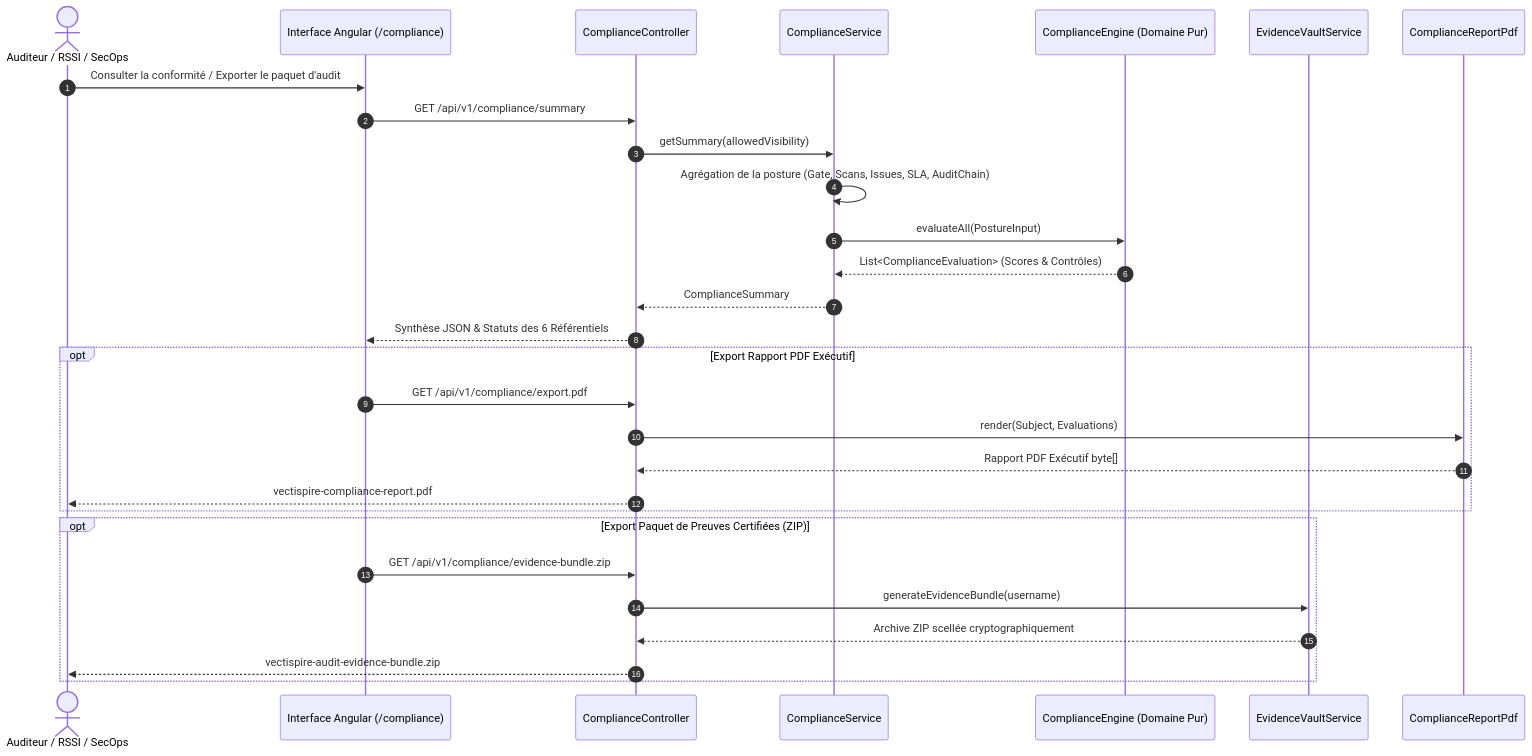
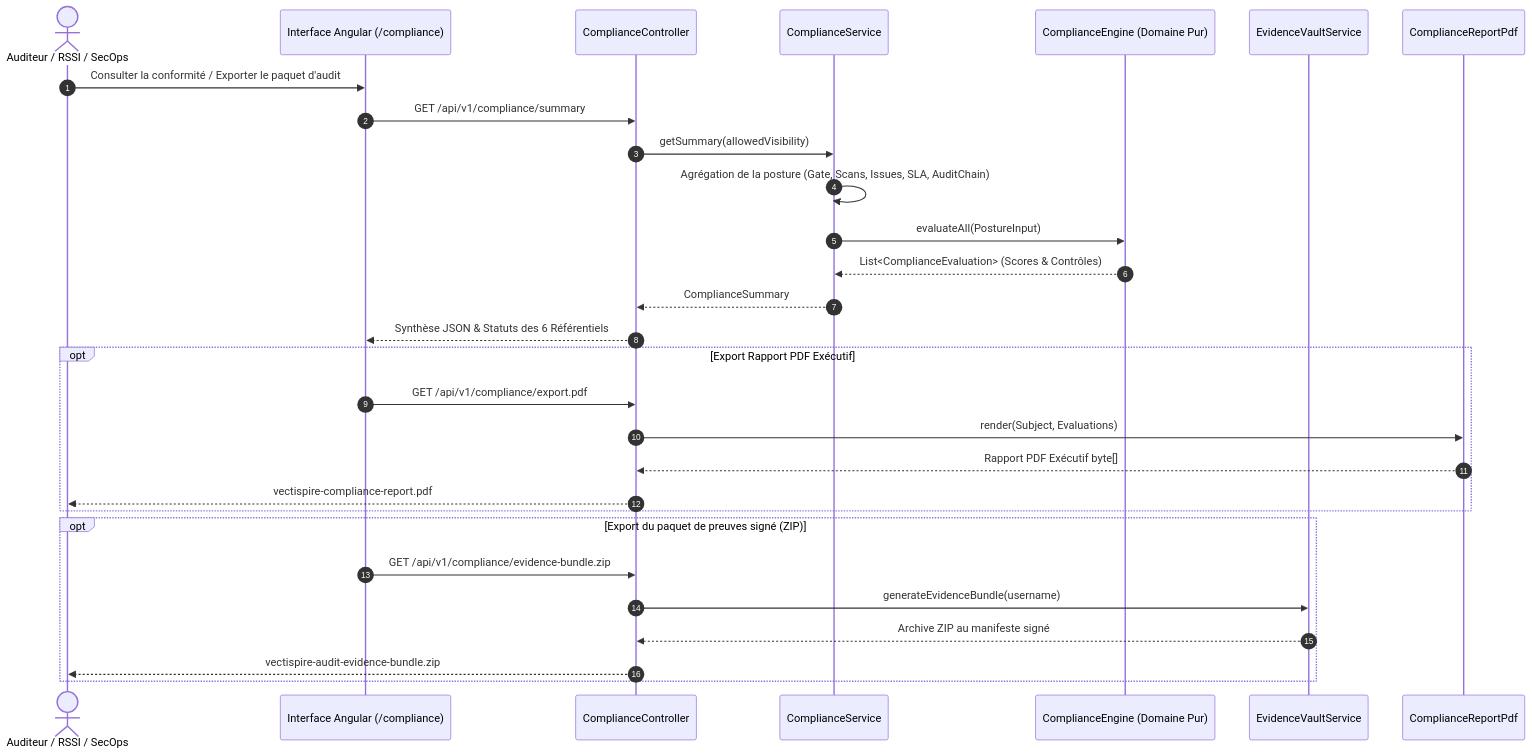
One commit to asmolabs/vectispire changed the diagram in docs/fr/COMPLIANCE_AND_REGULATORY.fr.md. Above: the diagram before and after it, drawn with Mermaid. The commit also changed other lines of this file and 43 other files, not shown here.

````diff
--- a/docs/fr/COMPLIANCE_AND_REGULATORY.fr.md
+++ b/docs/fr/COMPLIANCE_AND_REGULATORY.fr.md
@@ -16,34 +30,34 @@
 ```mermaid
 sequenceDiagram
     autonumber
     actor Auditeur as Auditeur / RSSI / SecOps
     participant UI as Interface Angular (/compliance)
     participant Ctrl as ComplianceController
     participant Svc as ComplianceService
     participant Engine as ComplianceEngine (Domaine Pur)
     participant Vault as EvidenceVaultService
     participant PDF as ComplianceReportPdf
 
     Auditeur->>UI: Consulter la conformité / Exporter le paquet d'audit
     UI->>Ctrl: GET /api/v1/compliance/summary
     Ctrl->>Svc: getSummary(allowedVisibility)
     Svc->>Svc: Agrégation de la posture (Gate, Scans, Issues, SLA, AuditChain)
     Svc->>Engine: evaluateAll(PostureInput)
     Engine-->>Svc: List<ComplianceEvaluation> (Scores & Contrôles)
     Svc-->>Ctrl: ComplianceSummary
     Ctrl-->>UI: Synthèse JSON & Statuts des 6 Référentiels
 
     opt Export Rapport PDF Exécutif
         UI->>Ctrl: GET /api/v1/compliance/export.pdf
         Ctrl->>PDF: render(Subject, Evaluations)
         PDF-->>Ctrl: Rapport PDF Exécutif byte[]
         Ctrl-->>Auditeur: vectispire-compliance-report.pdf
     end
 
-    opt Export Paquet de Preuves Certifiées (ZIP)
+    opt Export du paquet de preuves signé (ZIP)
         UI->>Ctrl: GET /api/v1/compliance/evidence-bundle.zip
         Ctrl->>Vault: generateEvidenceBundle(username)
-        Vault-->>Ctrl: Archive ZIP scellée cryptographiquement
+        Vault-->>Ctrl: Archive ZIP au manifeste signé
         Ctrl-->>Auditeur: vectispire-audit-evidence-bundle.zip
     end
 ```
````
